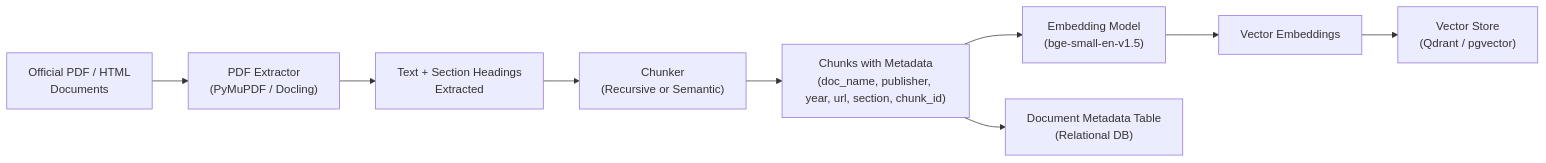
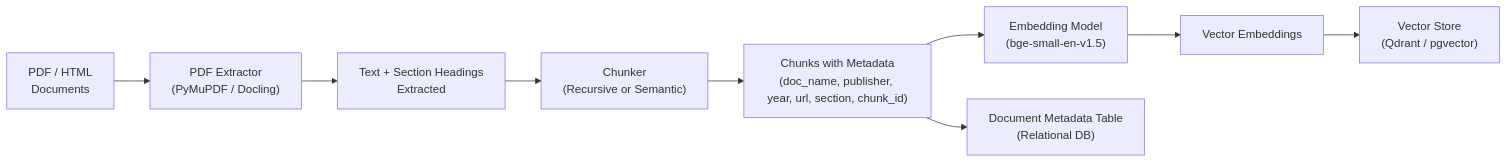
One commit to hardasprachti/RAG_NutriAssist_final changed the sixth of 12 diagrams in docs/Architecture.md. Above: the diagram before and after it, drawn with Mermaid. The commit also changed other lines of this file and 30 other files, not shown here.

First line of the commit message:
Add two supplementary documents, unify decline message, drop "official" wording

````diff
--- a/docs/Architecture.md
+++ b/docs/Architecture.md
@@ -256,11 +256,11 @@
 ```mermaid
 flowchart LR
-    A["Official PDF / HTML\nDocuments"] --> B["PDF Extractor\n(PyMuPDF / Docling)"]
+    A["PDF / HTML\nDocuments"] --> B["PDF Extractor\n(PyMuPDF / Docling)"]
     B --> C["Text + Section Headings\nExtracted"]
     C --> D["Chunker\n(Recursive or Semantic)"]
     D --> E["Chunks with Metadata\n(doc_name, publisher, year, url, section, chunk_id)"]
     E --> F["Embedding Model\n(bge-small-en-v1.5)"]
     F --> G["Vector Embeddings"]
     G --> H["Vector Store\n(Qdrant / pgvector)"]
     E --> I["Document Metadata Table\n(Relational DB)"]
 ```
````
